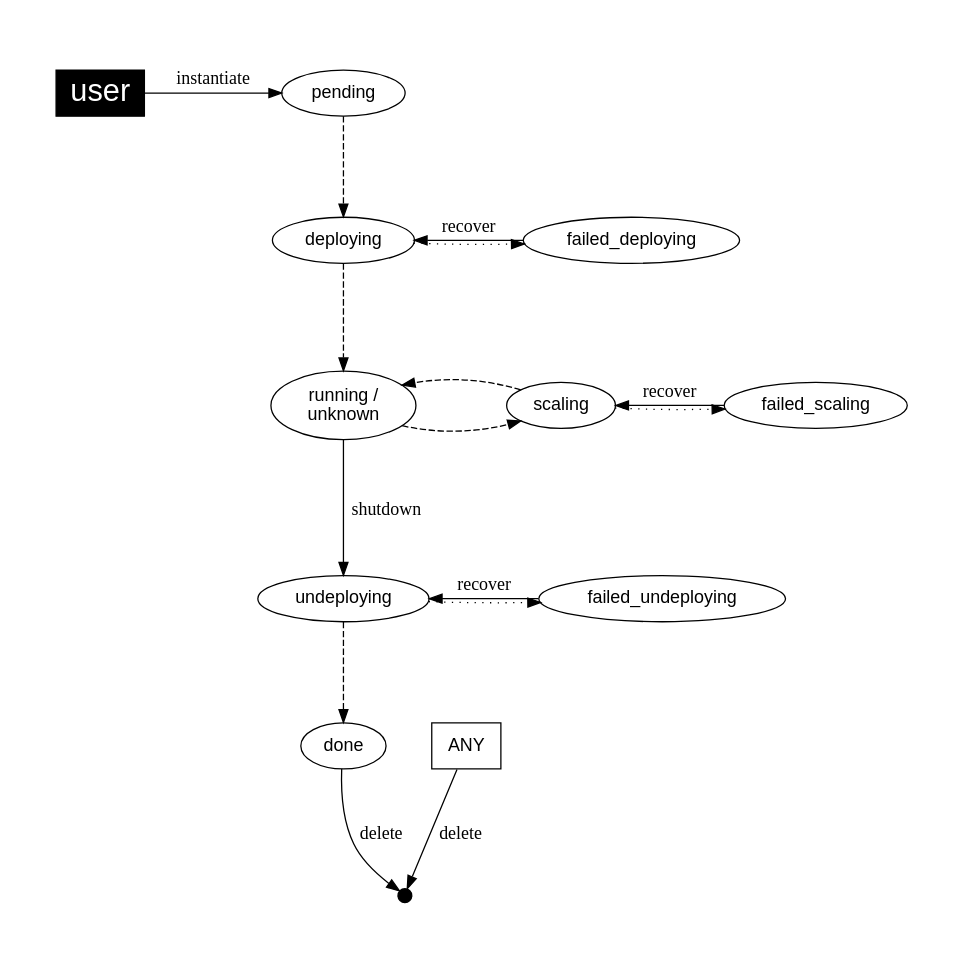
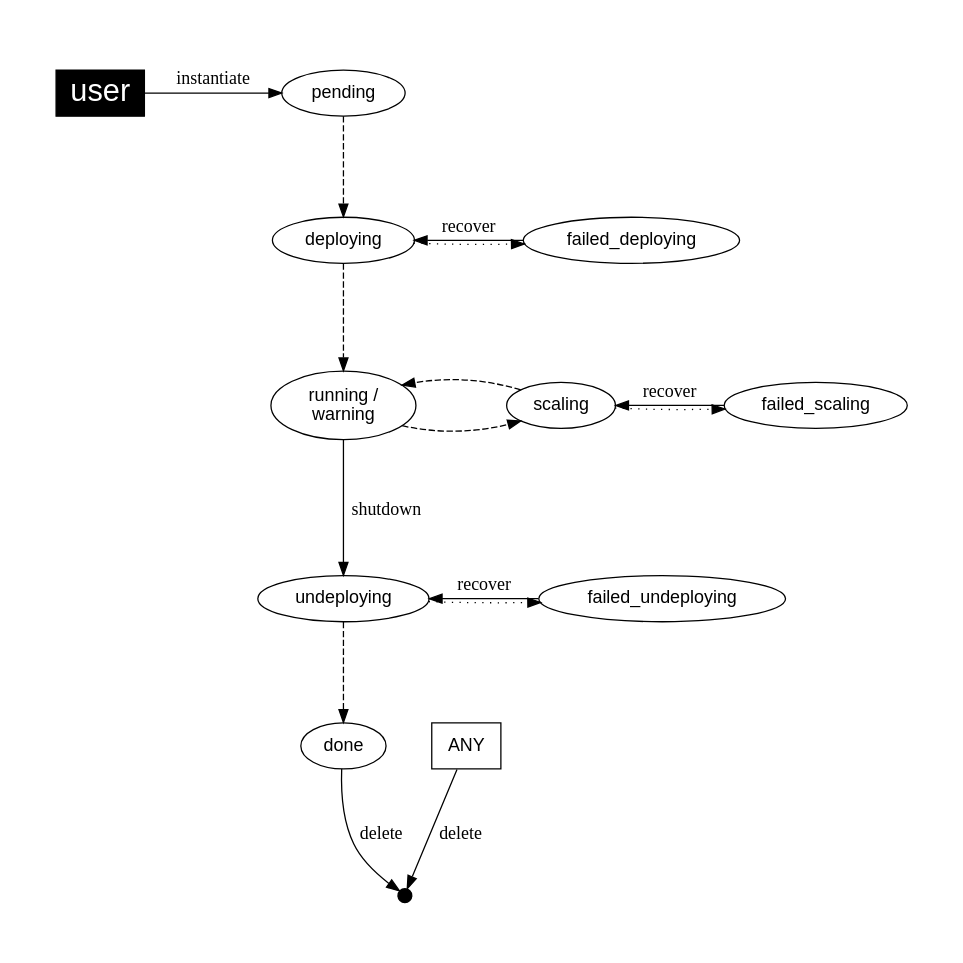
One commit to OpenNebula/one changed the diagram in flow/doc/states.dot. Above: the diagram before and after it, drawn with Graphviz. The commit also changed 7 other files, not shown here.

Commit message:
Feature #2109: Rename state UNKNOWN to WARNING

```diff
--- a/flow/doc/states.dot
+++ b/flow/doc/states.dot
@@ -1,57 +1,57 @@
 
 
 digraph AppFlow {
     graph [
         nodesep= 0.5,
         ratio=1,
         pad=0.5,
     ];
 
     node [fontname="Helvetica"];
     edge [fontname="Menlo"];
     
     user [
         fillcolor="black",
         style="filled", shape="box",
         fontcolor="white", fontsize= "24.0"];
 
     ANY [ shape="box" ];
 
     end [ width=0.15, height=0.15, shape=point ];
 
-    running [ label="running /\nunknown"];
+    running [ label="running /\nwarning"];
 
     subgraph { rank = min; user; pending}
     subgraph { rank = same; deploying; failed_deploying; color="white"}
     subgraph { rank = same; running; scaling; failed_scaling; color="white"}
     subgraph { rank = same; undeploying; failed_undeploying; color="white"}
 //    subgraph { rank = same; done; end; color="white"}
 
 
     user -> pending [label="instantiate"];
 
     pending -> deploying [style="dashed"];
     deploying -> running [style="dashed"];
     running -> undeploying [label="shutdown"];
     undeploying -> done [style="dashed"];
     done -> end [label="delete"];
 
 
-//    running -> unknown [style="dotted"];
-//    unknown -> running [style="dotted"];
+//    running -> warning [style="dotted"];
+//    warning -> running [style="dotted"];
 
     running -> scaling [style="dashed"];
     scaling -> running [style="dashed"];
 
     failed_deploying -> deploying [label="recover"];
     deploying -> failed_deploying [style="dotted"];
     
     failed_undeploying -> undeploying [label="recover"];
     undeploying -> failed_undeploying [style="dotted"];
 
     failed_scaling -> scaling [label="recover"];
     scaling -> failed_scaling [style="dotted"];
     
 
     ANY -> end [label="delete"];
 }
```
